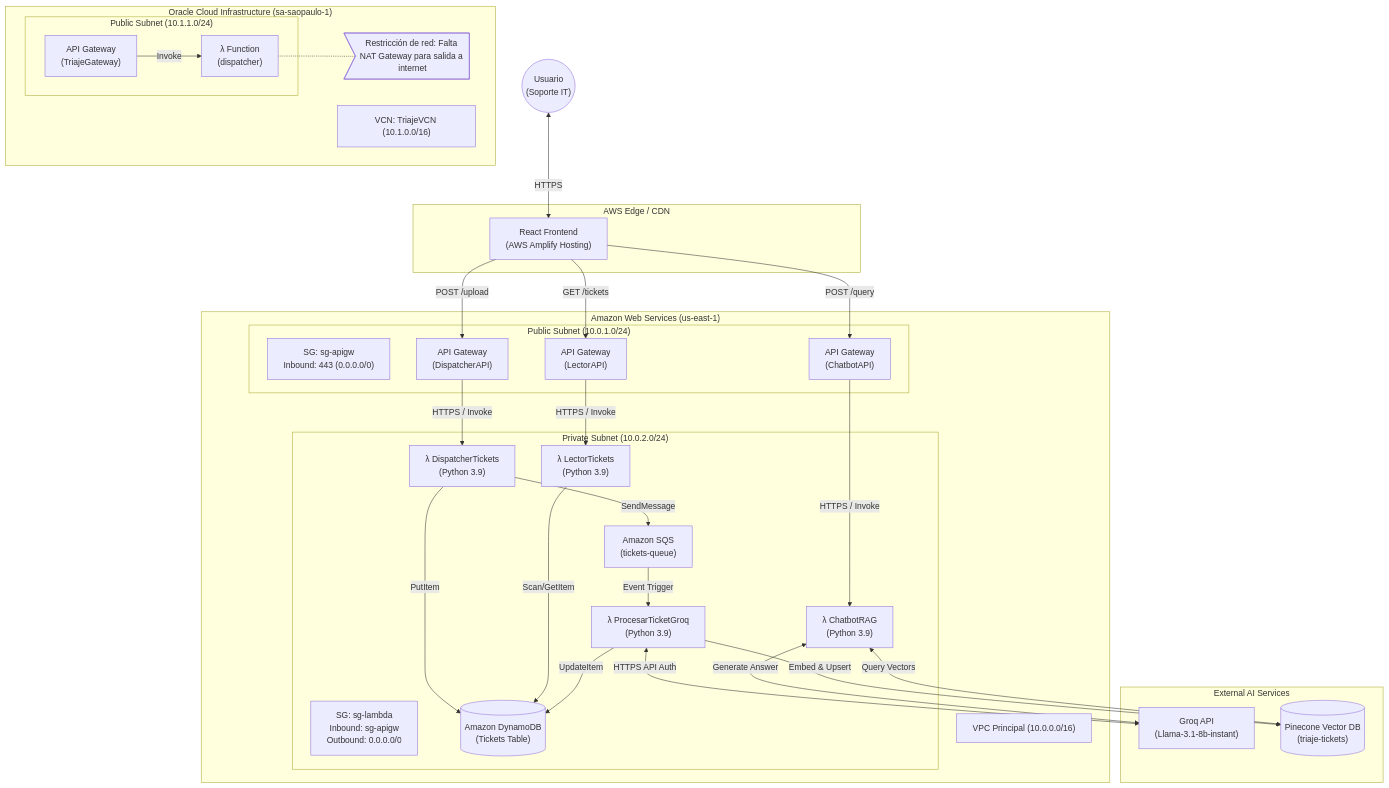
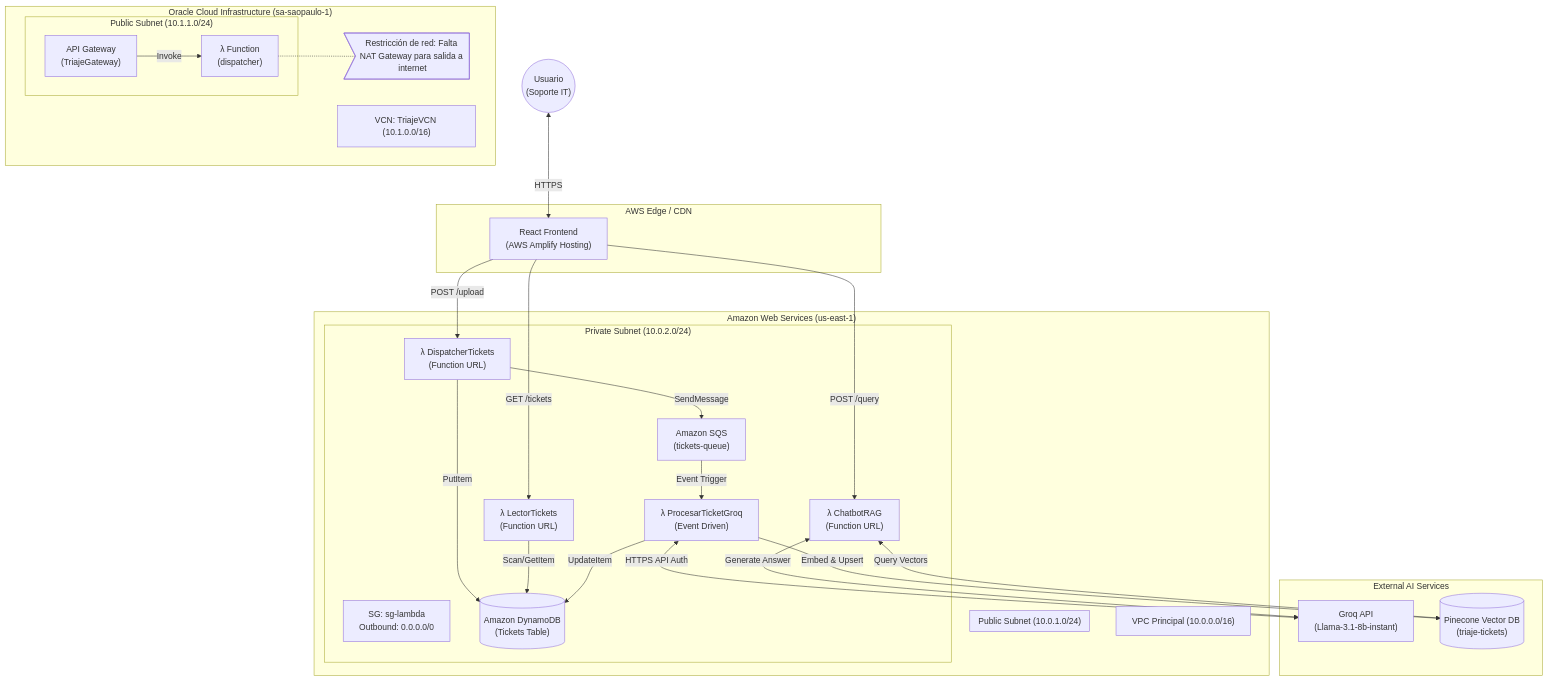
Before and after one commit to gmborjasb/hackathon-triaje-it: the diagram in ARQUITECTURA.md, drawn with Mermaid. The commit also changed 2 other files, not shown here.

Commit message:
chore: Disaster Recovery - migración a cuenta AWS nueva y actualización a Function URLs

````diff
--- a/ARQUITECTURA.md
+++ b/ARQUITECTURA.md
@@ -7,80 +7,72 @@
 ```mermaid
 graph TD
     %% Usuarios y Frontend
     User(("Usuario<br/>(Soporte IT)"))
     
     subgraph "AWS Edge / CDN"
         Frontend["React Frontend<br/>(AWS Amplify Hosting)"]
     end
     
     User <-->|HTTPS| Frontend
 
     %% Región OCI Secundaria (Parcialmente implementada)
     subgraph "Oracle Cloud Infrastructure (sa-saopaulo-1)"
         VCN["VCN: TriajeVCN (10.1.0.0/16)"]
         
         subgraph "Public Subnet (10.1.1.0/24)"
             OCIGW["API Gateway<br/>(TriajeGateway)"]
             OCIFN["λ Function<br/>(dispatcher)"]
             
             OCIGW -->|Invoke| OCIFN
         end
         
         noteOCI>Restricción de red: Falta NAT Gateway para salida a internet]
         OCIFN -.- noteOCI
     end
 
     %% Región AWS Principal
     subgraph "Amazon Web Services (us-east-1)"
         VPC["VPC Principal (10.0.0.0/16)"]
         
         subgraph "Public Subnet (10.0.1.0/24)"
-            SG_API["SG: sg-apigw<br/>Inbound: 443 (0.0.0.0/0)"]
-            
-            GW_Write["API Gateway<br/>(DispatcherAPI)"]
-            GW_Read["API Gateway<br/>(LectorAPI)"]
-            GW_Chat["API Gateway<br/>(ChatbotAPI)"]
+            %% En lugar de API Gateways, usamos Lambda Function URLs
         end
         
         subgraph "Private Subnet (10.0.2.0/24)"
-            SG_LAMBDA["SG: sg-lambda<br/>Inbound: sg-apigw<br/>Outbound: 0.0.0.0/0"]
+            SG_LAMBDA["SG: sg-lambda<br/>Outbound: 0.0.0.0/0"]
             
-            L_Write["λ DispatcherTickets<br/>(Python 3.9)"]
-            L_Read["λ LectorTickets<br/>(Python 3.9)"]
-            L_Process["λ ProcesarTicketGroq<br/>(Python 3.9)"]
-            L_Chat["λ ChatbotRAG<br/>(Python 3.9)"]
+            L_Write["λ DispatcherTickets<br/>(Function URL)"]
+            L_Read["λ LectorTickets<br/>(Function URL)"]
+            L_Process["λ ProcesarTicketGroq<br/>(Event Driven)"]
+            L_Chat["λ ChatbotRAG<br/>(Function URL)"]
             
             SQS["Amazon SQS<br/>(tickets-queue)"]
             DDB[("Amazon DynamoDB<br/>(Tickets Table)")]
         end
         
         %% Conexiones internas AWS
-        GW_Write -->|HTTPS / Invoke| L_Write
-        GW_Read -->|HTTPS / Invoke| L_Read
-        GW_Chat -->|HTTPS / Invoke| L_Chat
-        
         L_Write -->|PutItem| DDB
         L_Write -->|SendMessage| SQS
         L_Read -->|Scan/GetItem| DDB
         
         SQS -->|Event Trigger| L_Process
         L_Process -->|UpdateItem| DDB
     end
 
     %% Servicios de IA Externos
     subgraph "External AI Services"
         Groq["Groq API<br/>(Llama-3.1-8b-instant)"]
         Pinecone[("Pinecone Vector DB<br/>(triaje-tickets)")]
     end
 
     %% Conexiones Frontend -> AWS
-    Frontend -->|POST /upload| GW_Write
-    Frontend -->|GET /tickets| GW_Read
-    Frontend -->|POST /query| GW_Chat
+    Frontend -->|POST /upload| L_Write
+    Frontend -->|GET /tickets| L_Read
+    Frontend -->|POST /query| L_Chat
 
     %% Conexiones Lambda -> AI
     L_Process <-->|HTTPS API Auth| Groq
     L_Process -->|Embed & Upsert| Pinecone
     L_Chat <-->|Query Vectors| Pinecone
     L_Chat <-->|Generate Answer| Groq
 ```
````
